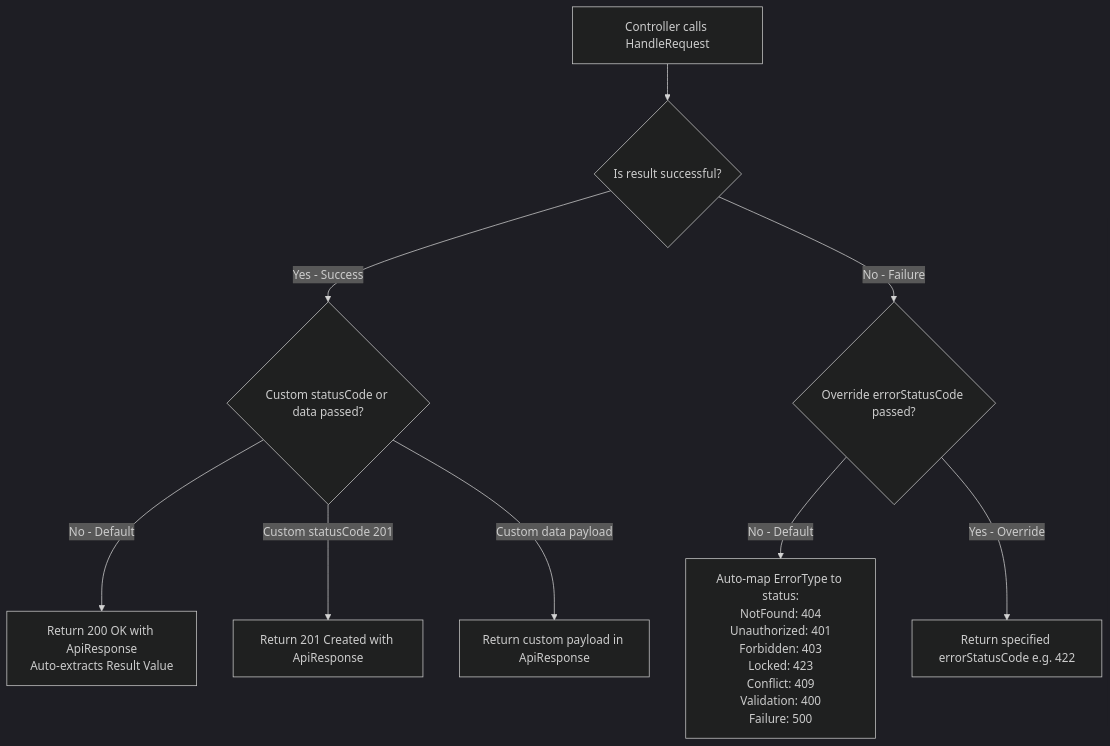
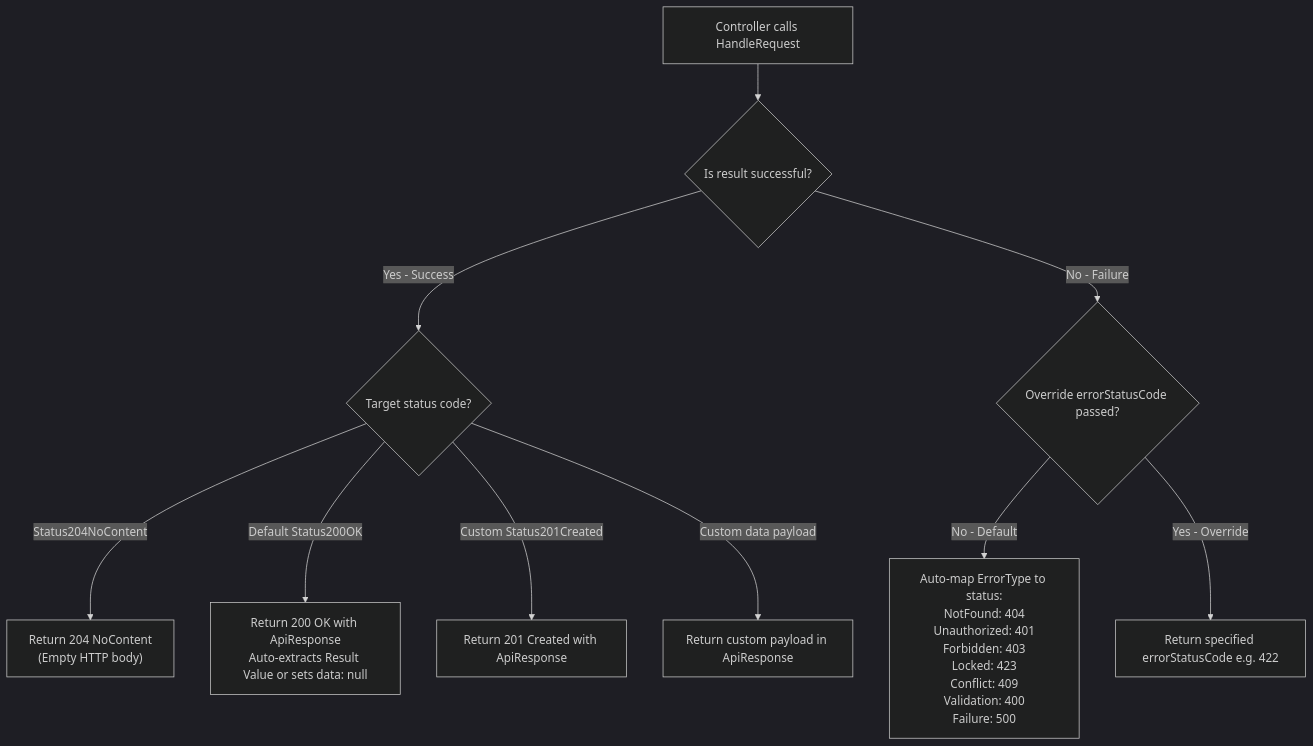
Before and after one commit to nourFarid/Backend_Template: diagram 12 of 15 in ARCHITECTURE_GUIDE.md, drawn with Mermaid (dark theme). The commit also changed other lines of this file and 24 other files, not shown here.

````diff
--- a/ARCHITECTURE_GUIDE.md
+++ b/ARCHITECTURE_GUIDE.md
@@ -597,13 +637,14 @@
 ```mermaid
 flowchart TD
     Action["Controller calls HandleRequest"] --> Check{"Is result successful?"}
     
-    Check -->|Yes - Success| SuccessBranch{"Custom statusCode or data passed?"}
-    SuccessBranch -->|No - Default| DefSuccess["Return 200 OK with ApiResponse<br/>Auto-extracts Result Value"]
-    SuccessBranch -->|Custom statusCode 201| CustomCode["Return 201 Created with ApiResponse"]
+    Check -->|Yes - Success| SuccessBranch{"Target status code?"}
+    SuccessBranch -->|Status204NoContent| NoContent["Return 204 NoContent<br/>(Empty HTTP body)"]
+    SuccessBranch -->|Default Status200OK| DefSuccess["Return 200 OK with ApiResponse<br/>Auto-extracts Result Value or sets data: null"]
+    SuccessBranch -->|Custom Status201Created| CustomCode["Return 201 Created with ApiResponse"]
     SuccessBranch -->|Custom data payload| CustomData["Return custom payload in ApiResponse"]
     
     Check -->|No - Failure| FailBranch{"Override errorStatusCode passed?"}
     FailBranch -->|No - Default| AutoMap["Auto-map ErrorType to status:<br/>NotFound: 404<br/>Unauthorized: 401<br/>Forbidden: 403<br/>Locked: 423<br/>Conflict: 409<br/>Validation: 400<br/>Failure: 500"]
     FailBranch -->|Yes - Override| CustomFail["Return specified errorStatusCode e.g. 422"]
 ```
````
